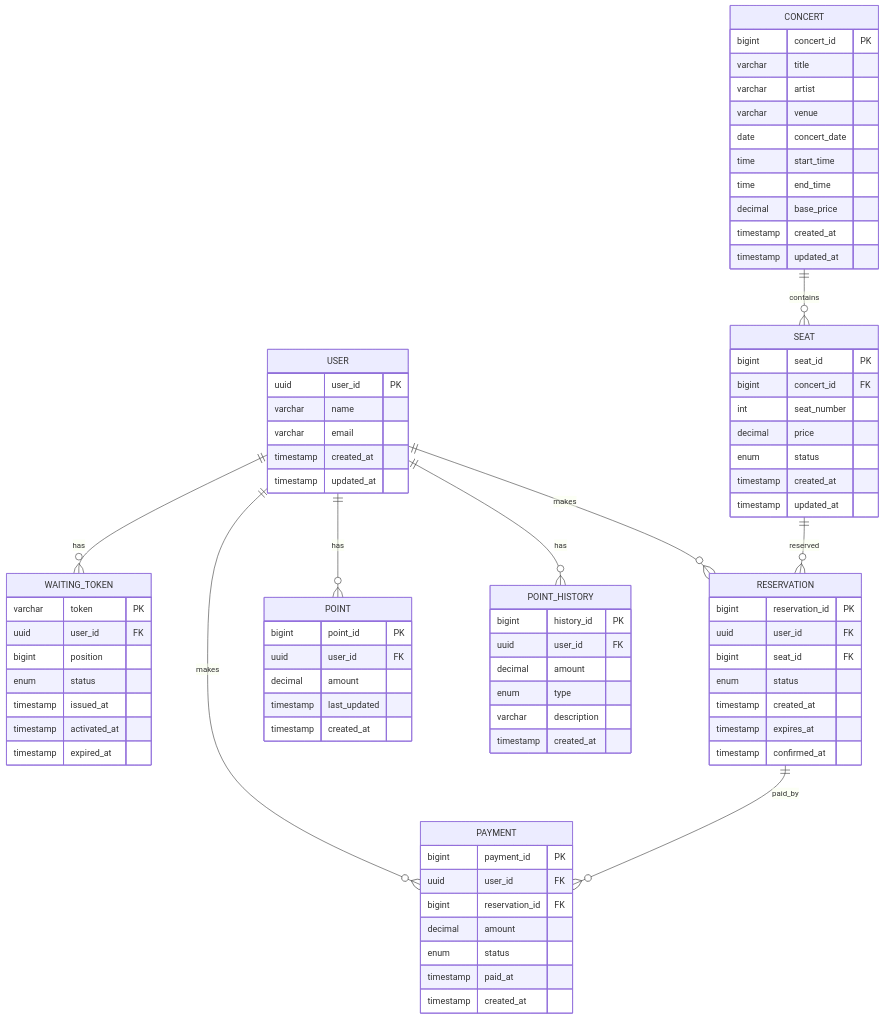
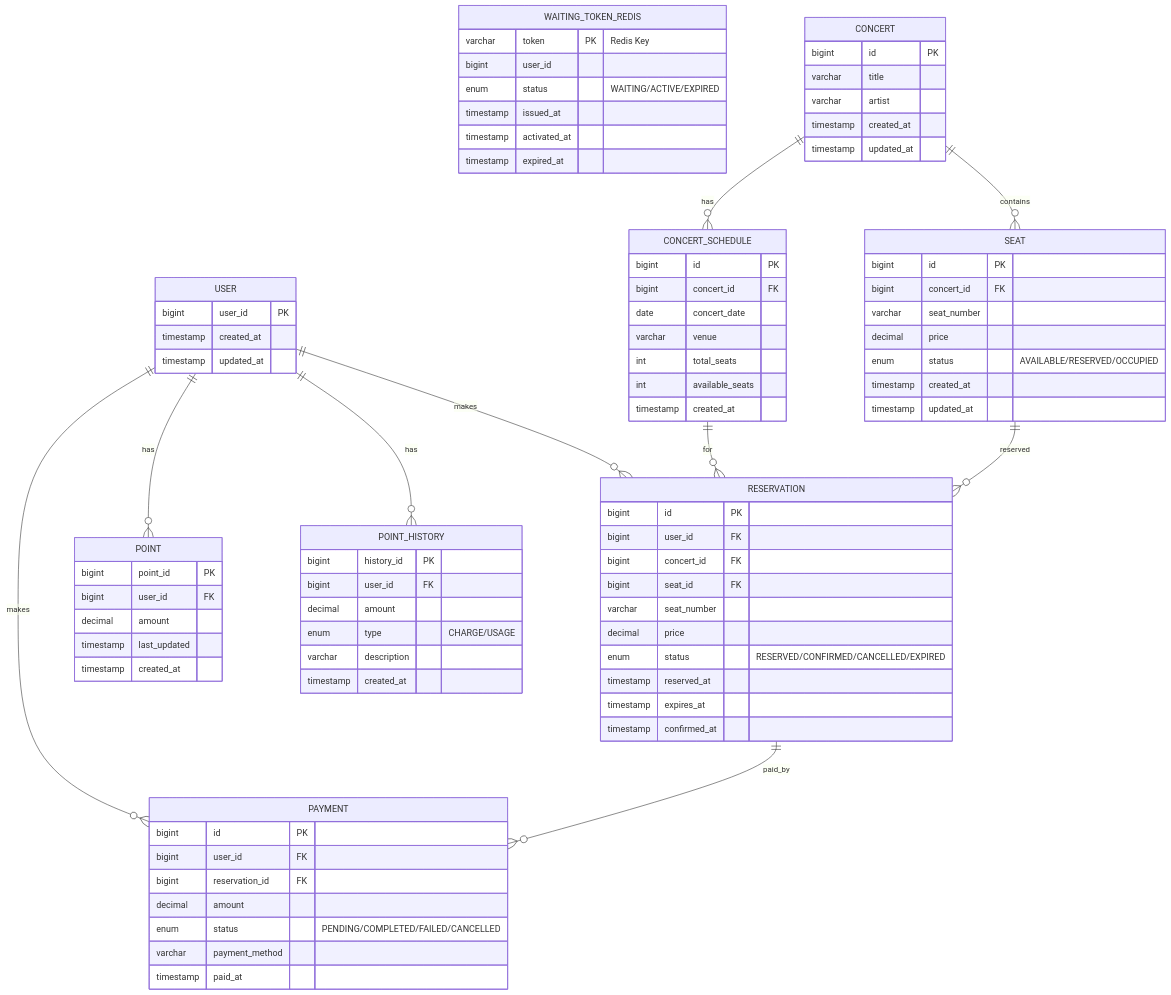
One commit to hanghae99-backend/2-SERVICE changed the fifth of 5 diagrams in README.md. Above: the diagram before and after it, drawn with Mermaid. The commit also changed other lines of this file, not shown here.

````diff
--- a/README.md
+++ b/README.md
@@ -174,69 +207,74 @@
 ```mermaid
 erDiagram
     USER {
-        uuid user_id PK
-        varchar name
-        varchar email
+        bigint user_id PK
         timestamp created_at
         timestamp updated_at
     }
     
-    WAITING_TOKEN {
-        varchar token PK
-        uuid user_id FK
-        bigint position
-        enum status
+    WAITING_TOKEN_REDIS {
+        varchar token PK "Redis Key"
+        bigint user_id
+        enum status "WAITING/ACTIVE/EXPIRED"
         timestamp issued_at
         timestamp activated_at
         timestamp expired_at
     }
     
     CONCERT {
-        bigint concert_id PK
+        bigint id PK
         varchar title
         varchar artist
-        varchar venue
-        date concert_date
-        time start_time
-        time end_time
-        decimal base_price
         timestamp created_at
         timestamp updated_at
     }
     
+    CONCERT_SCHEDULE {
+        bigint id PK
+        bigint concert_id FK
+        date concert_date
+        varchar venue
+        int total_seats
+        int available_seats
+        timestamp created_at
+    }
+    
     SEAT {
-        bigint seat_id PK
+        bigint id PK
         bigint concert_id FK
-        int seat_number
+        varchar seat_number
         decimal price
-        enum status
+        enum status "AVAILABLE/RESERVED/OCCUPIED"
         timestamp created_at
         timestamp updated_at
     }
     
     RESERVATION {
-        bigint reservation_id PK
-        uuid user_id FK
+        bigint id PK
+        bigint user_id FK
+        bigint concert_id FK
         bigint seat_id FK
-        enum status
-        timestamp created_at
+        varchar seat_number
+        decimal price
+        enum status "RESERVED/CONFIRMED/CANCELLED/EXPIRED"
+        timestamp reserved_at
         timestamp expires_at
         timestamp confirmed_at
     }
     
     PAYMENT {
-        bigint payment_id PK
-        uuid user_id FK
+        bigint id PK
+        bigint user_id FK
         bigint reservation_id FK
         decimal amount
-        enum status
+        enum status "PENDING/COMPLETED/FAILED/CANCELLED"
+        varchar payment_method
         timestamp paid_at
-        timestamp created_at
     }
     
     POINT {
         bigint point_id PK
-        uuid user_id FK
+        bigint user_id FK
         decimal amount
         timestamp last_updated
         timestamp created_at
@@ -244,19 +282,20 @@
     
     POINT_HISTORY {
         bigint history_id PK
-        uuid user_id FK
+        bigint user_id FK
         decimal amount
-        enum type
+        enum type "CHARGE/USAGE"
         varchar description
         timestamp created_at
     }
     
-    USER ||--o{ WAITING_TOKEN : "has"
     USER ||--o{ POINT : "has"
     USER ||--o{ POINT_HISTORY : "has"
     USER ||--o{ RESERVATION : "makes"
     USER ||--o{ PAYMENT : "makes"
+    CONCERT ||--o{ CONCERT_SCHEDULE : "has"
     CONCERT ||--o{ SEAT : "contains"
+    CONCERT_SCHEDULE ||--o{ RESERVATION : "for"
     SEAT ||--o{ RESERVATION : "reserved"
     RESERVATION ||--o{ PAYMENT : "paid_by"
 ```
````
